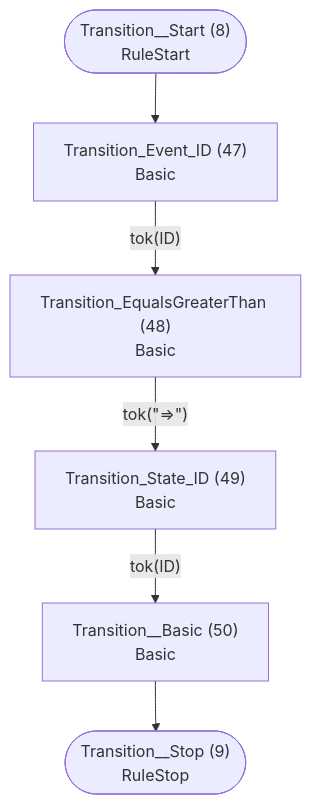
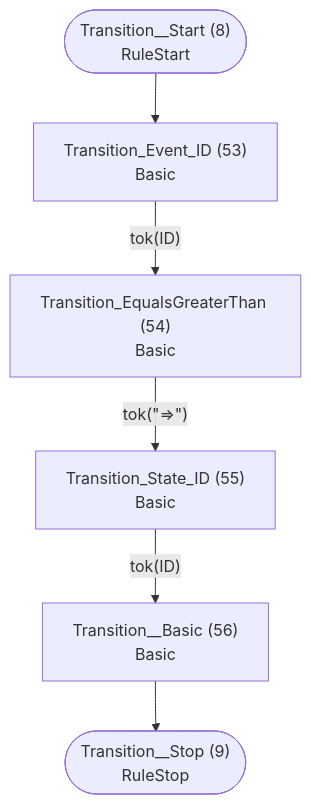
The fifth of 5 diagrams in examples/statemachine/atn.md (TypeFox/fastbelt), drawn with Mermaid before and after one commit. The commit also changed other lines of this file and 53 other files, not shown here.

````diff
--- a/examples/statemachine/atn.md
+++ b/examples/statemachine/atn.md
@@ -126,15 +139,15 @@
 ```mermaid
 flowchart TD
     q8(["Transition__Start (8)<br/>RuleStart"])
     q9(["Transition__Stop (9)<br/>RuleStop"])
-    q47["Transition_Event_ID (47)<br/>Basic<br/>"]
-    q48["Transition_EqualsGreaterThan (48)<br/>Basic<br/>"]
-    q49["Transition_State_ID (49)<br/>Basic<br/>"]
-    q50["Transition__Basic (50)<br/>Basic<br/>"]
+    q53["Transition_Event_ID (53)<br/>Basic<br/>"]
+    q54["Transition_EqualsGreaterThan (54)<br/>Basic<br/>"]
+    q55["Transition_State_ID (55)<br/>Basic<br/>"]
+    q56["Transition__Basic (56)<br/>Basic<br/>"]
 
-    q8 --> q47
-    q47 -->|"tok(ID)"| q48
-    q48 -->|"tok(&quot;=>&quot;)"| q49
-    q49 -->|"tok(ID)"| q50
-    q50 --> q9
+    q8 --> q53
+    q53 -->|"tok(ID)"| q54
+    q54 -->|"tok(&quot;=>&quot;)"| q55
+    q55 -->|"tok(ID)"| q56
+    q56 --> q9
 ```
````
